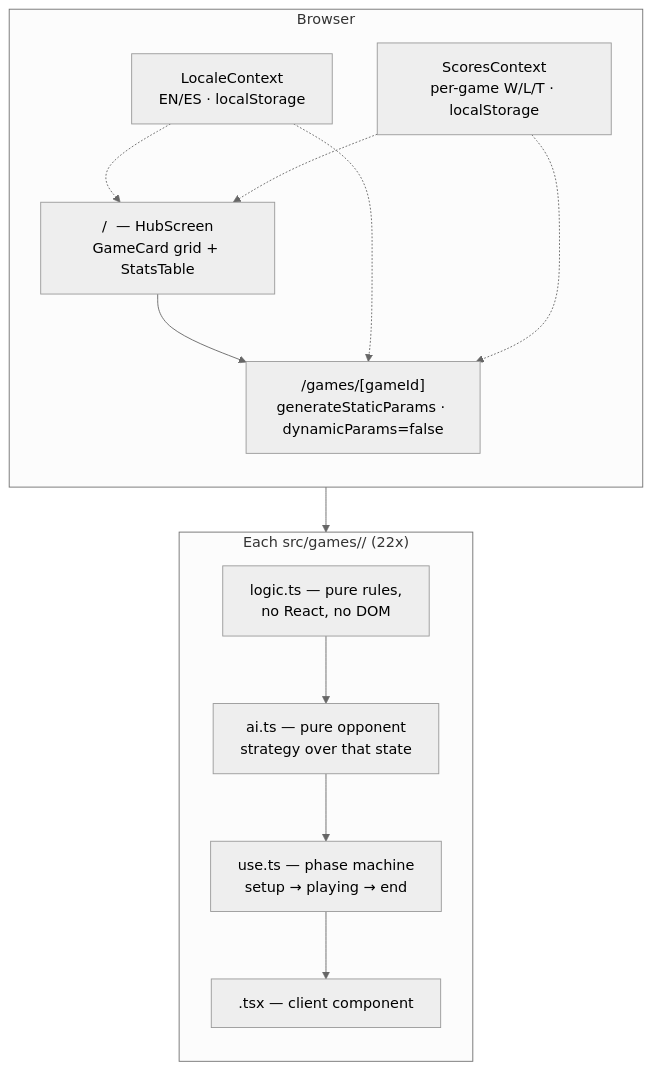
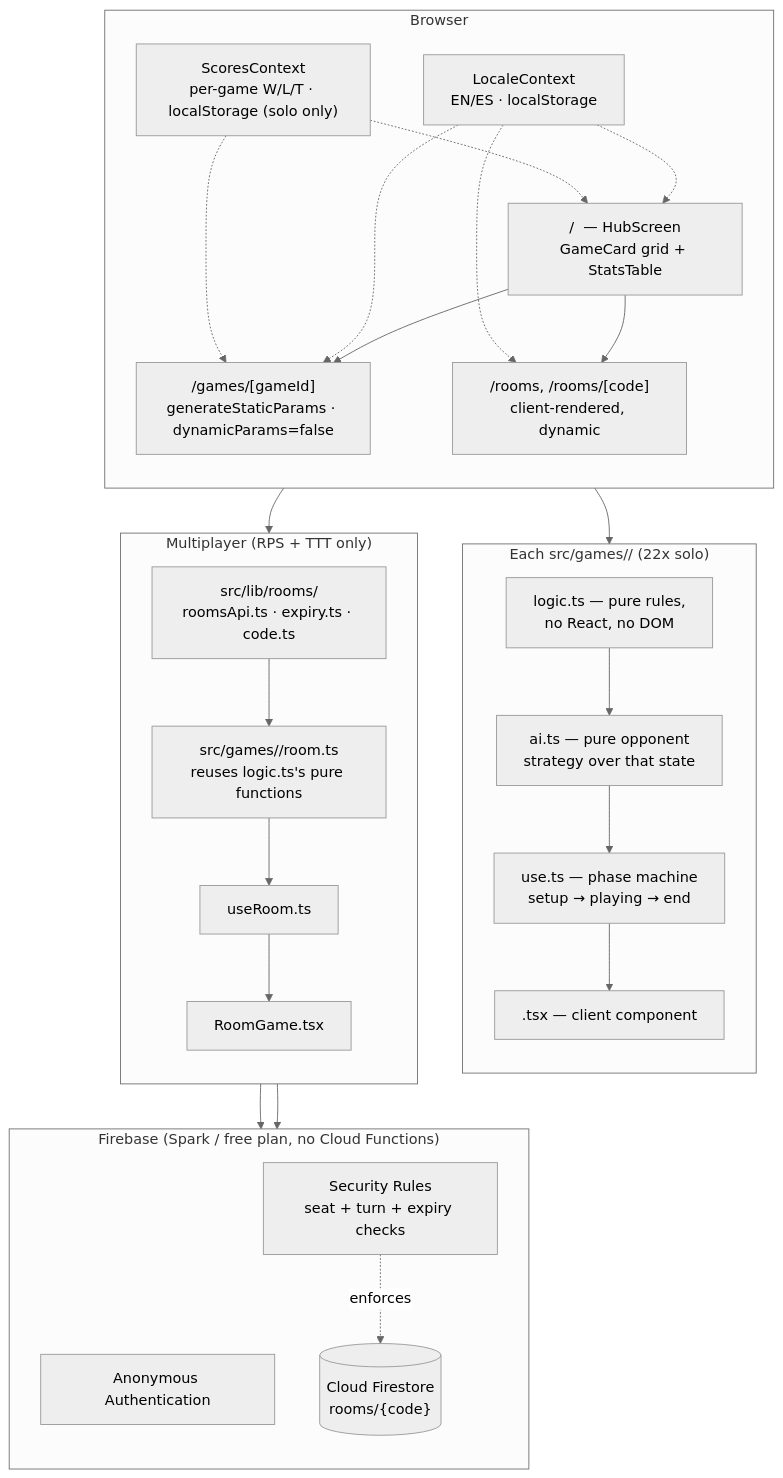
Before and after one commit to JoanOliver04/minigame-hub: the diagram in README.md, drawn with Mermaid (neutral theme). The commit also changed other lines of this file and 2 other files, not shown here.

Commit message:
docs: update README for multiplayer and 22-game hub

````diff
--- a/README.md
+++ b/README.md
@@ -93,26 +137,50 @@
 ```mermaid
 flowchart TB
     subgraph Browser
         direction TB
         Hub["/  — HubScreen<br/>GameCard grid + StatsTable"]
         Game["/games/[gameId]<br/>generateStaticParams · dynamicParams=false"]
+        Rooms["/rooms, /rooms/[code]<br/>client-rendered, dynamic"]
         LC["LocaleContext<br/>EN/ES · localStorage"]
-        SC["ScoresContext<br/>per-game W/L/T · localStorage"]
+        SC["ScoresContext<br/>per-game W/L/T · localStorage (solo only)"]
         Hub --> Game
+        Hub --> Rooms
         LC -.-> Hub
         LC -.-> Game
+        LC -.-> Rooms
         SC -.-> Hub
         SC -.-> Game
     end
 
-    subgraph PerGame["Each src/games/<id>/ (22x)"]
+    subgraph PerGame["Each src/games/<id>/ (22x solo)"]
         direction TB
         Logic["logic.ts — pure rules,<br/>no React, no DOM"]
         AI["ai.ts — pure opponent<br/>strategy over that state"]
         Hook["use<Name>.ts — phase machine<br/>setup → playing → end"]
         View["<Name>.tsx — client component"]
         Logic --> AI --> Hook --> View
     end
 
+    subgraph RoomLayer["Multiplayer (RPS + TTT only)"]
+        direction TB
+        RoomLib["src/lib/rooms/<br/>roomsApi.ts · expiry.ts · code.ts"]
+        RoomGame["src/games/<id>/room.ts<br/>reuses logic.ts's pure functions"]
+        RoomHook["use<Name>Room.ts"]
+        RoomView["<Name>RoomGame.tsx"]
+        RoomLib --> RoomGame --> RoomHook --> RoomView
+    end
+
     Game --> PerGame
+    Rooms --> RoomLayer
+
+    subgraph Firebase["Firebase (Spark / free plan, no Cloud Functions)"]
+        direction TB
+        Auth["Anonymous Authentication"]
+        FS[("Cloud Firestore<br/>rooms/{code}")]
+        Rules["Security Rules<br/>seat + turn + expiry checks"]
+    end
+
+    RoomLib --> Auth
+    RoomLib --> FS
+    Rules -.enforces.-> FS
 ```
````
